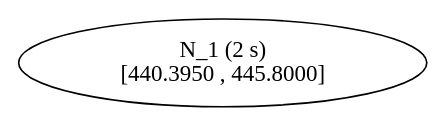
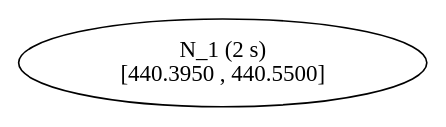
One commit to atoptima/Coluna.jl changed the diagram in dev/start/tree2.dot. Above: the diagram before and after it, drawn with Graphviz. The commit also changed 11 other files, not shown here.

```diff
--- a/dev/start/tree2.dot
+++ b/dev/start/tree2.dot
@@ -1,6 +1,6 @@
 ## dot -Tpdf thisfile > thisfile.pdf 
 
 digraph Branching_Tree {
 	edge[fontname = "Courier", fontsize = 10];
-	n1 [label= "N_1 (2 s) \n[440.3950 , 445.8000]"];
+	n1 [label= "N_1 (2 s) \n[440.3950 , 440.5500]"];
 }
```
